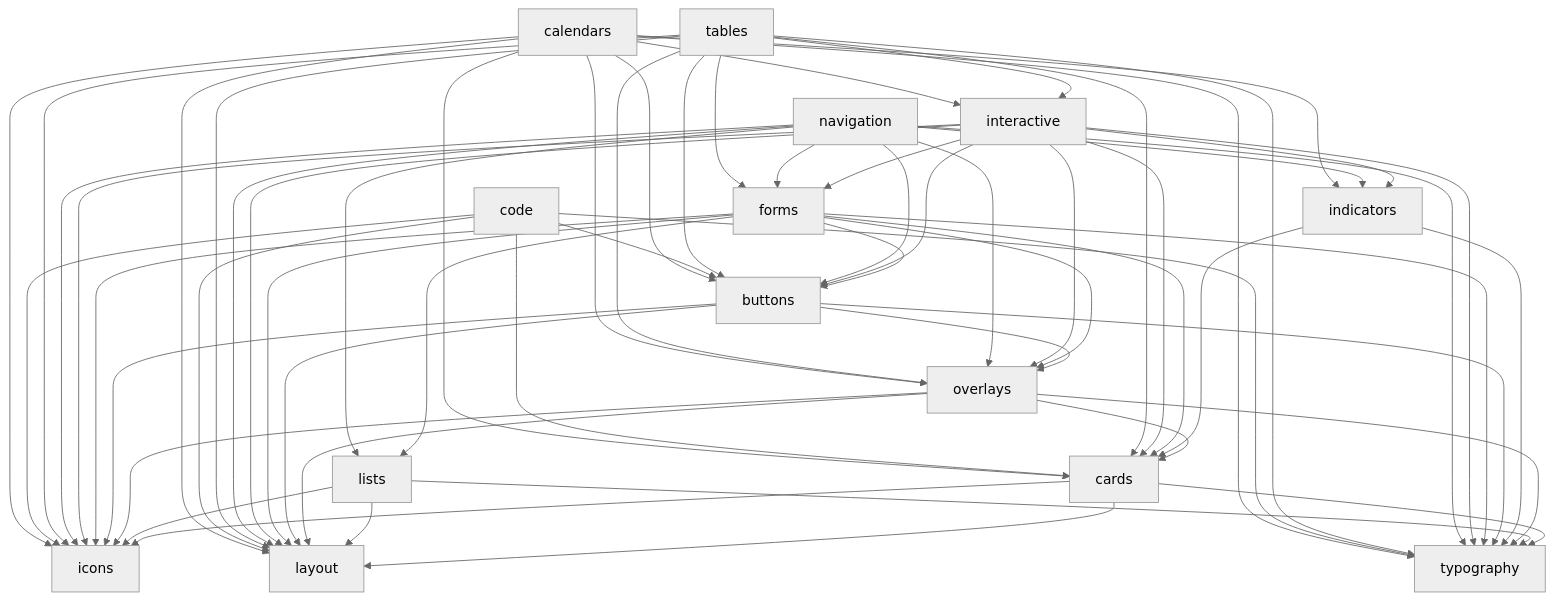
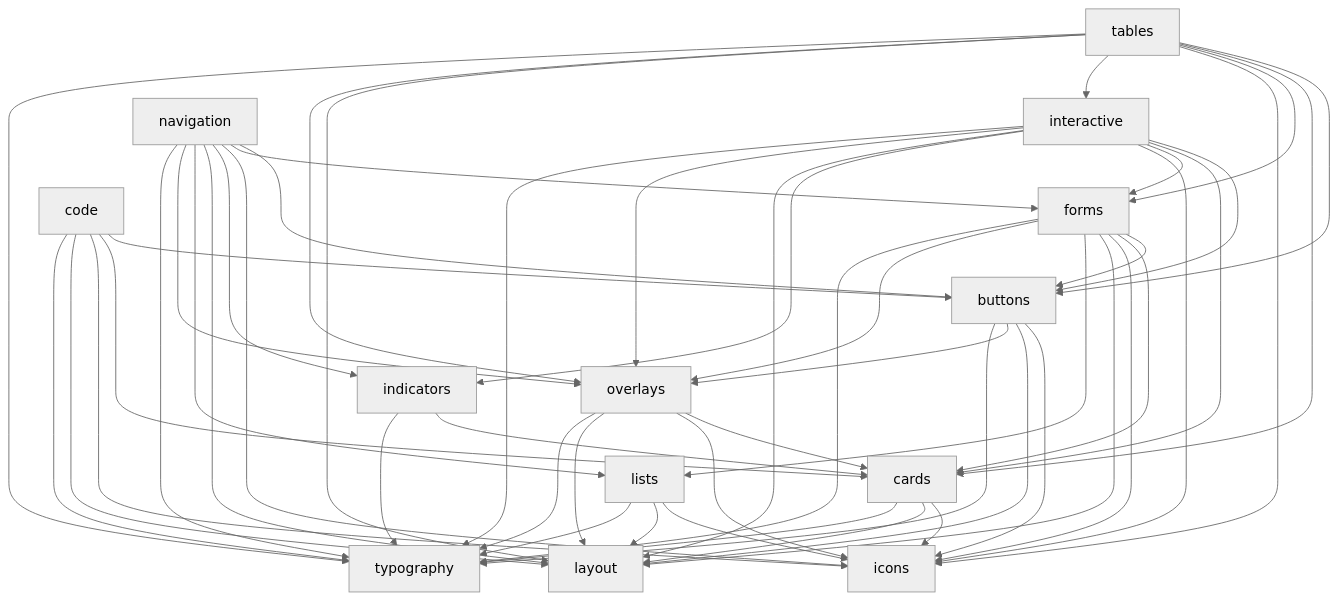
Before and after one commit to uiid-systems/design-system: the diagram in docs/architecture/component-dependency-graph.md, drawn with Mermaid (neutral theme). The commit also changed 50 other files, not shown here.

````diff
--- a/docs/architecture/component-dependency-graph.md
+++ b/docs/architecture/component-dependency-graph.md
@@ -12,37 +12,34 @@
 ```mermaid
 graph TD
   icons[icons]
   typography[typography]
   layout[layout]
   cards[cards]
   overlays[overlays]
   buttons[buttons]
   indicators[indicators]
   lists[lists]
   forms[forms]
   interactive[interactive]
   navigation[navigation]
   tables[tables]
   code[code]
-  calendars[calendars]
 
   cards --> icons & layout & typography
   lists --> icons & layout & typography
 
   overlays --> cards & icons & layout & typography
   indicators --> cards & typography
 
   buttons --> icons & layout & overlays & typography
 
   forms --> buttons & cards & icons & layout & lists & overlays & typography
 
   interactive --> buttons & cards & forms & icons & indicators & layout & overlays & typography
 
   navigation --> buttons & forms & icons & indicators & layout & lists & overlays & typography
 
   tables --> buttons & cards & forms & icons & interactive & layout & overlays & typography
 
   code --> buttons & cards & icons & layout & typography
-
-  calendars --> buttons & cards & icons & indicators & interactive & layout & overlays & typography
 ```
````
